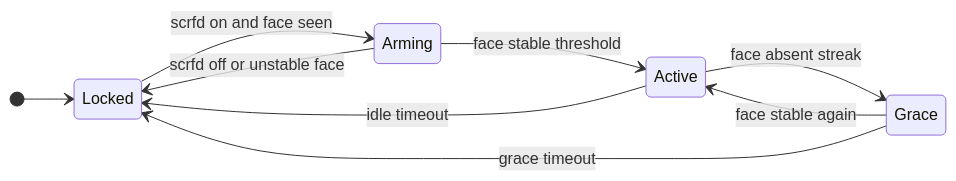
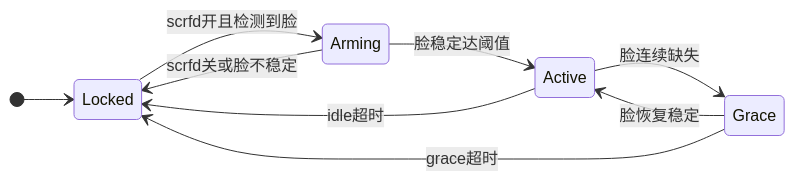
Before and after one commit to kyshipit/eai-rk3588: the third of 3 diagrams in docs/llm-model-coordinator.md, drawn with Mermaid. The commit also changed other lines of this file and 19 other files, not shown here.

````diff
--- a/docs/llm-model-coordinator.md
+++ b/docs/llm-model-coordinator.md
@@ -193,12 +191,12 @@
 ```mermaid
 stateDiagram-v2
     direction LR
     [*] --> Locked
-    Locked --> Arming: scrfd on and face seen
-    Arming --> Locked: scrfd off or unstable face
-    Arming --> Active: face stable threshold
-    Active --> Grace: face absent streak
-    Grace --> Active: face stable again
-    Grace --> Locked: grace timeout
-    Active --> Locked: idle timeout
+    Locked --> Arming: scrfd开且检测到脸
+    Arming --> Locked: scrfd关或脸不稳定
+    Arming --> Active: 脸稳定达阈值
+    Active --> Grace: 脸连续缺失
+    Grace --> Active: 脸恢复稳定
+    Grace --> Locked: grace超时
+    Active --> Locked: idle超时
 ```
````
